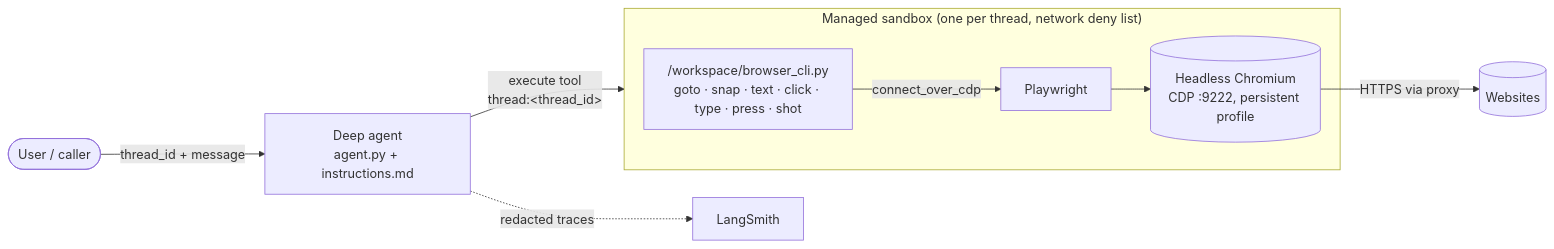
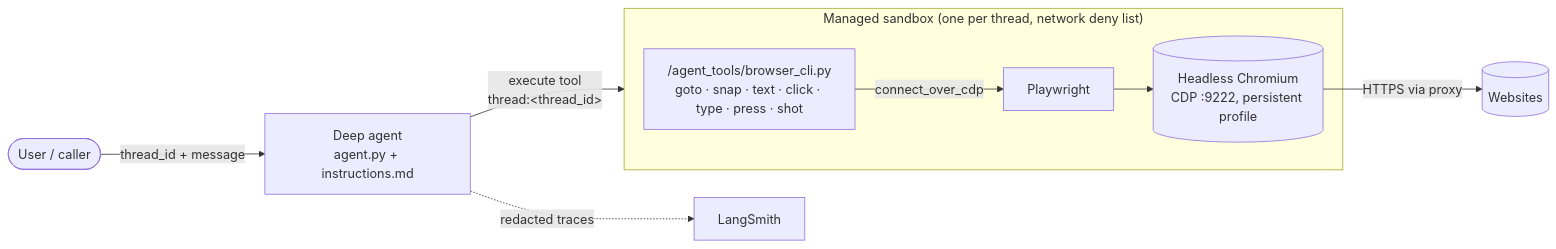
One commit to avtarraikmo/browser-agent changed the diagram in README.md. Above: the diagram before and after it, drawn with Mermaid. The commit also changed other lines of this file and 6 other files, not shown here.

````diff
--- a/README.md
+++ b/README.md
@@ -39,13 +39,13 @@
 ```mermaid
 flowchart LR
     User([User / caller]) -->|thread_id + message| Agent["Deep agent<br/>agent.py + instructions.md"]
     Agent -->|"execute tool<br/>thread:&lt;thread_id&gt;"| Sandbox
     subgraph Sandbox["Managed sandbox (one per thread, network deny list)"]
-        CLI["/workspace/browser_cli.py<br/>goto · snap · text · click · type · press · shot"]
+        CLI["/agent_tools/browser_cli.py<br/>goto · snap · text · click · type · press · shot"]
         PW[Playwright]
         Chrome[("Headless Chromium<br/>CDP :9222, persistent profile")]
         CLI -->|connect_over_cdp| PW --> Chrome
     end
     Chrome -->|HTTPS via proxy| Web[(Websites)]
     Agent -.->|redacted traces| LS[LangSmith]
 ```
````
